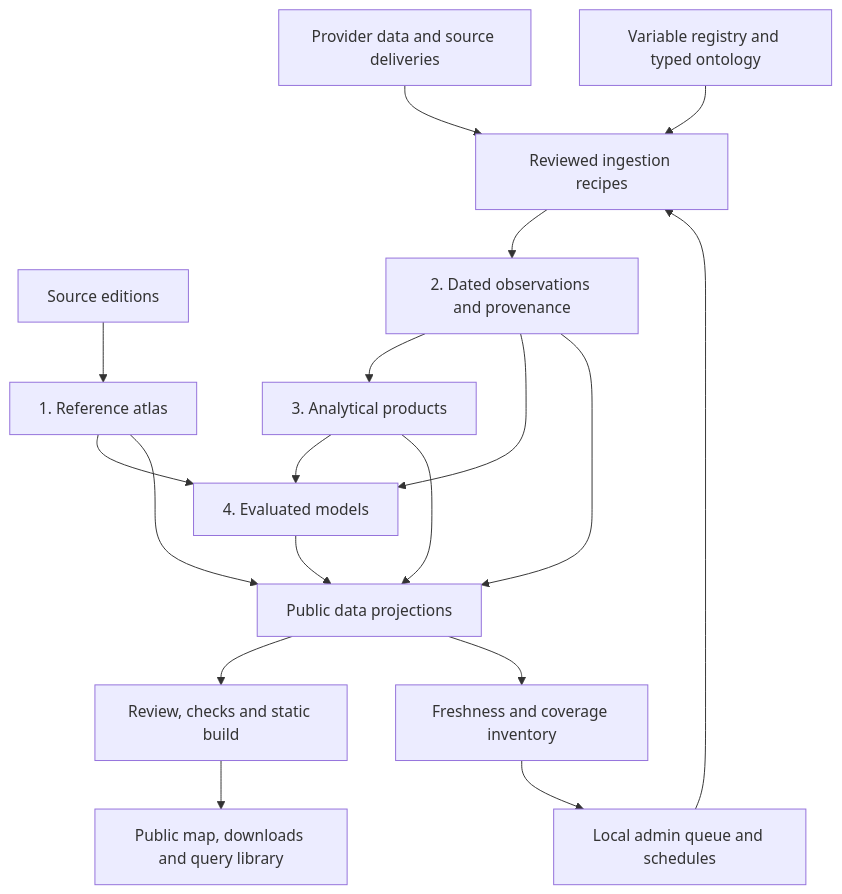
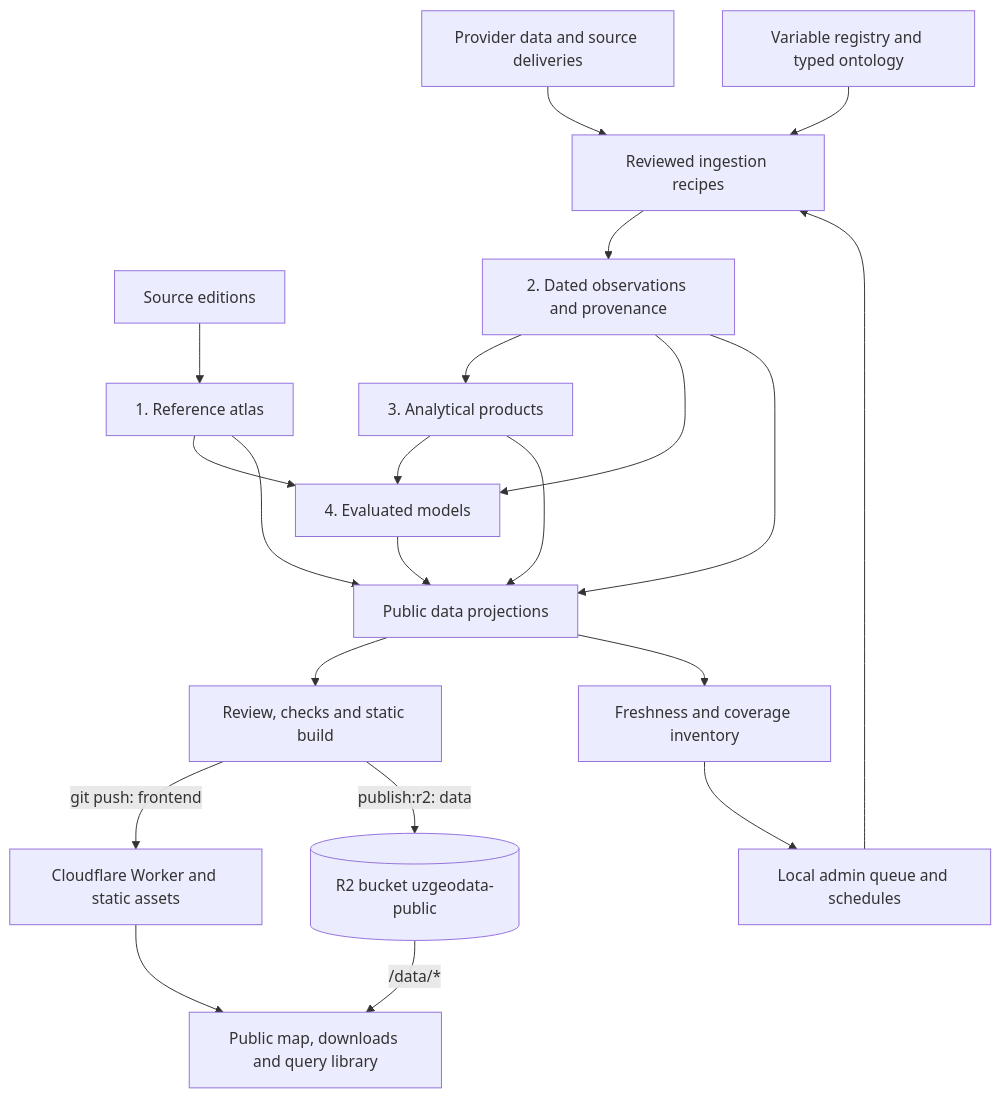
One commit to tim7en/uzgeodata changed the first of 2 diagrams in README.md. Above: the diagram before and after it, drawn with Mermaid. The commit also changed other lines of this file and 5 other files, not shown here.

First line of the commit message:
Document the architecture and climate flow; make the continuation year-agnostic

````diff
--- a/README.md
+++ b/README.md
@@ -71,20 +71,23 @@
 ```mermaid
 flowchart TD
   Sources[Provider data and source deliveries] --> Pipelines[Reviewed ingestion recipes]
   References[Source editions] --> L1[1. Reference atlas]
   Pipelines --> L2[2. Dated observations and provenance]
   L2 --> L3[3. Analytical products]
   L1 --> L4[4. Evaluated models]
   L2 --> L4
   L3 --> L4
   Registry[Variable registry and typed ontology] --> Pipelines
   Admin[Local admin queue and schedules] --> Pipelines
   L1 --> Public[Public data projections]
   L2 --> Public
   L3 --> Public
   L4 --> Public
   Public --> Review[Review, checks and static build]
-  Review --> Site[Public map, downloads and query library]
+  Review -->|git push: frontend| Worker[Cloudflare Worker and static assets]
+  Review -->|publish:r2: data| R2[(R2 bucket uzgeodata-public)]
+  Worker --> Site[Public map, downloads and query library]
+  R2 -->|/data/*| Site
   Public --> Inventory[Freshness and coverage inventory]
   Inventory --> Admin
 ```
````
